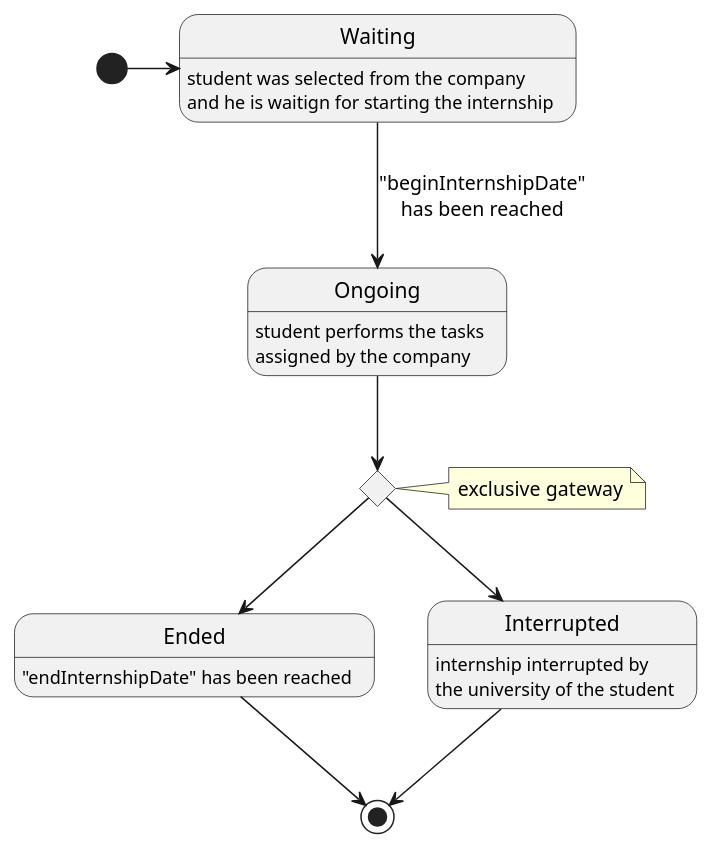
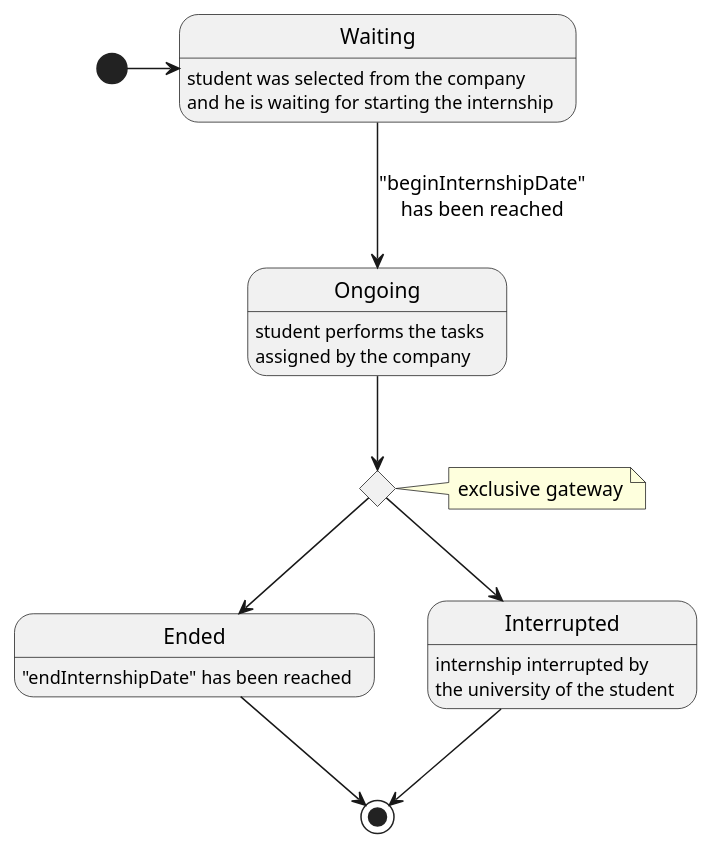
One commit to matti8702/R_and_DD_project_SE2 changed the diagram in RASD/Overall_description/uml_diagrams/internshipStatus_state_diagram.puml. Above: the diagram before and after it, drawn with PlantUML. The commit also changed 3 other files, not shown here.

```diff
--- a/RASD/Overall_description/uml_diagrams/internshipStatus_state_diagram.puml
+++ b/RASD/Overall_description/uml_diagrams/internshipStatus_state_diagram.puml
@@ -1,18 +1,18 @@
 @startuml internshipStatus_state_diagram
 
 state orComponent <<choice>>
 
 [*] -> Waiting
 Waiting --> Ongoing: "beginInternshipDate"\nhas been reached
 Ongoing --> orComponent
 orComponent --> Ended
 orComponent --> Interrupted
 Interrupted --> [*]
 Ended --> [*]
 
-Waiting: student was selected from the company\nand he is waitign for starting the internship
+Waiting: student was selected from the company\nand he is waiting for starting the internship
 Ongoing: student performs the tasks\nassigned by the company
 Ended: "endInternshipDate" has been reached
 Interrupted: internship interrupted by \nthe university of the student
 note right of orComponent: exclusive gateway
 @enduml
```
